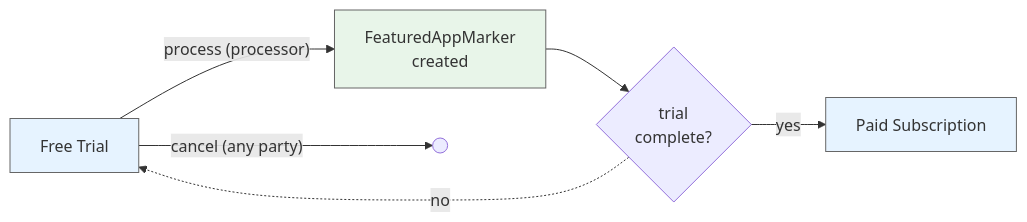
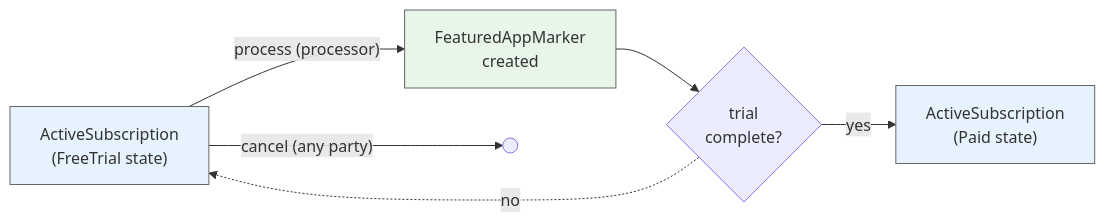
The fourth of 5 diagrams in Subscriptions-v01/README.md (Fairmint/open-captable-protocol-daml), drawn with Mermaid before and after one commit. The commit also changed other lines of this file and 20 other files, not shown here.

````diff
--- a/Subscriptions-v01/README.md
+++ b/Subscriptions-v01/README.md
@@ -191,14 +195,14 @@
 ```mermaid
 flowchart LR
-    FT[Free Trial]
+    FT["ActiveSubscription<br>(FreeTrial state)"]
     FT -->|"process (processor)"| Marker[FeaturedAppMarker<br/>created]
     Marker --> Choice{trial<br/>complete?}
     Choice -.->|no| FT
-    Choice -->|yes| PS[Paid Subscription]
+    Choice -->|yes| PS["ActiveSubscription<br>(Paid state)"]
     FT -->|"cancel (any party)"| End(( ))
     
     classDef active fill:#e6f3ff,stroke:#666
     classDef effect fill:#e8f5e9,stroke:#666
     class FT,PS active
     class Marker effect
 ```
````
